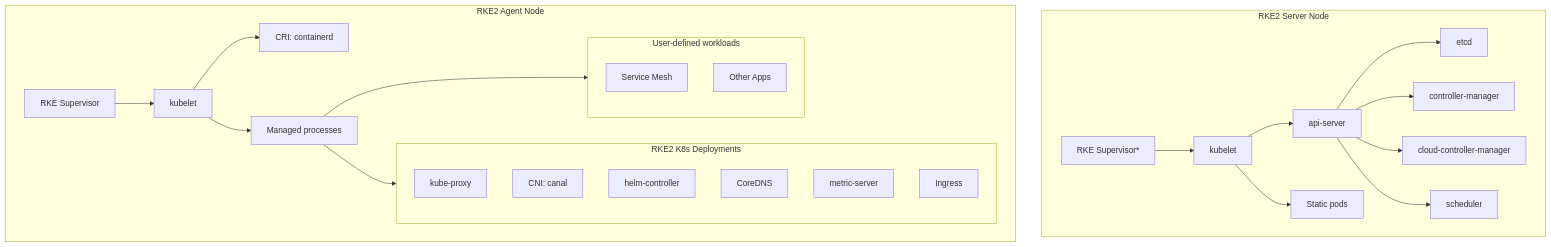
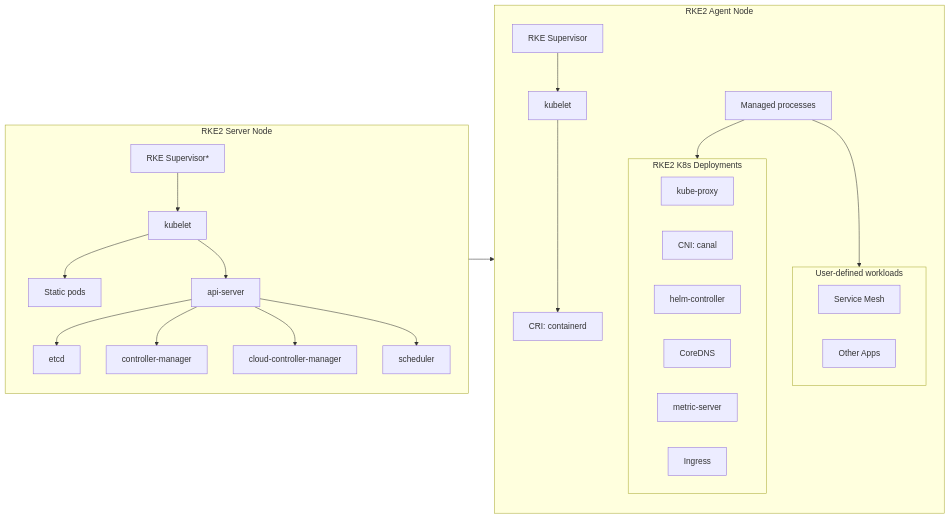
One commit to 007chiragshah/tucana changed the first of 2 diagrams in Detail_Design.md. Above: the diagram before and after it, drawn with Mermaid.

````diff
--- a/Detail_Design.md
+++ b/Detail_Design.md
@@ -13,48 +13,54 @@
 ```mermaid
-graph TB
+graph LR
+    %% Define the RKE2 Server Node
     subgraph RKE2_Server_Node ["RKE2 Server Node"]
         RKESupervisorServer["RKE Supervisor*"]
-        KubeletServer["kubelet"]
-        Etcd["etcd"]
-        APIServer["api-server"]
-        ControllerManager["controller-manager"]
-        CloudControllerManager["cloud-controller-manager"]
-        Scheduler["scheduler"]
-        StaticPods["Static pods"]
-
-        RKESupervisorServer --> KubeletServer
-        KubeletServer --> APIServer
-        APIServer --> Etcd
-        APIServer --> ControllerManager
-        APIServer --> CloudControllerManager
-        APIServer --> Scheduler
-        KubeletServer --> StaticPods
+        kubeletServer["kubelet"]
+        etcd["etcd"]
+        apiserver["api-server"]
+        controllerManager["controller-manager"]
+        cloudControllerManager["cloud-controller-manager"]
+        scheduler["scheduler"]
+        staticPods["Static pods"]
+        
+        %% Connections within the Server Node
+        RKESupervisorServer --> kubeletServer
+        kubeletServer --> staticPods
+        kubeletServer --> apiserver
+        apiserver --> etcd
+        apiserver --> controllerManager
+        apiserver --> cloudControllerManager
+        apiserver --> scheduler
     end
 
+    %% Define the RKE2 Agent Node
     subgraph RKE2_Agent_Node ["RKE2 Agent Node"]
         RKESupervisorAgent["RKE Supervisor"]
-        KubeletAgent["kubelet"]
-        CRIContainerd["CRI: containerd"]
-        ManagedProcesses["Managed processes"]
+        kubeletAgent["kubelet"]
+        containerd["CRI: containerd"]
+        managedProcesses["Managed processes"]
 
         subgraph RKE2_K8s_Deployments ["RKE2 K8s Deployments"]
-            KubeProxy["kube-proxy"]
-            CNI["CNI: canal"]
-            HelmController["helm-controller"]
-            CoreDNS["CoreDNS"]
-            MetricServer["metric-server"]
-            Ingress["Ingress"]
+            kubeProxy["kube-proxy"]
+            cniCanal["CNI: canal"]
+            helmController["helm-controller"]
+            coreDNS["CoreDNS"]
+            metricServer["metric-server"]
+            ingress["Ingress"]
         end
 
         subgraph User_Defined_Workloads ["User-defined workloads"]
-            ServiceMesh["Service Mesh"]
-            OtherApps["Other Apps"]
+            serviceMesh["Service Mesh"]
+            otherApps["Other Apps"]
         end
 
-        RKESupervisorAgent --> KubeletAgent
-        KubeletAgent --> CRIContainerd
-        KubeletAgent --> ManagedProcesses
-        ManagedProcesses --> RKE2_K8s_Deployments
-        ManagedProcesses --> User_Defined_Workloads
+        %% Connections within the Agent Node
+        RKESupervisorAgent --> kubeletAgent
+        kubeletAgent --> containerd
+        managedProcesses --> RKE2_K8s_Deployments
+        managedProcesses --> User_Defined_Workloads
     end
+
+    %% Connection between Server and Agent Node
+    RKE2_Server_Node --> RKE2_Agent_Node
 ```
````
